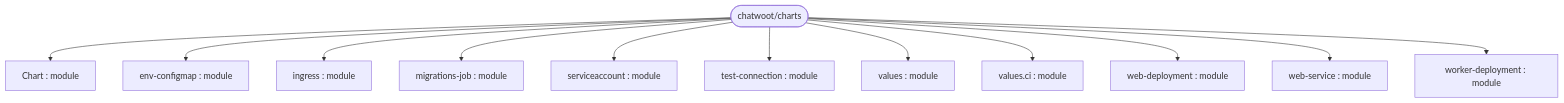
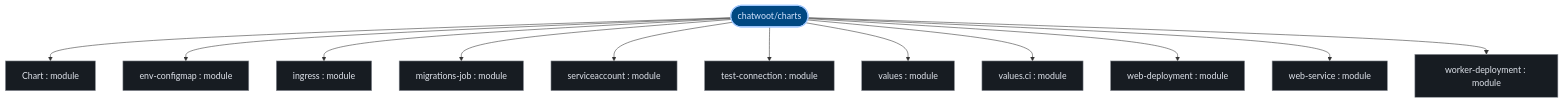
The first of 3 diagrams in exports/latest/reports/chatwoot-charts-report.md (kumarshaz/atruss-code-atlas), drawn with Mermaid before and after one commit. The commit also changed other lines of this file and 331 other files, not shown here.

Commit message:
docs,ui,fix: update SDLC docs, reorder CI/CD DAG first, stylize Mermaid, and fix Arc42 pipeline topology

````diff
--- a/exports/latest/reports/chatwoot-charts-report.md
+++ b/exports/latest/reports/chatwoot-charts-report.md
@@ -42,26 +42,33 @@
 ```mermaid
 graph TD;
-    Chart["Chart : module"]
-    values_ci["values.ci : module"]
-    values["values : module"]
-    env_configmap["env-configmap : module"]
-    ingress["ingress : module"]
-    migrations_job["migrations-job : module"]
-    serviceaccount["serviceaccount : module"]
-    web_deployment["web-deployment : module"]
-    web_service["web-service : module"]
-    worker_deployment["worker-deployment : module"]
-    test_connection["test-connection : module"]
-    repo_root(["chatwoot/charts"])
+  classDef atlasRoot fill:#004882,stroke:#a3c9ff,stroke-width:2px,color:#d3e4ff
+  classDef atlasCategory fill:#212428,stroke:#E87A48,stroke-width:1.5px,color:#dfe3eb
+  classDef atlasWorkflow fill:#1b2026,stroke:#a3c9ff,stroke-width:1.5px,color:#dfe3eb
+  classDef atlasJob fill:#171c22,stroke:#8d9199,stroke-width:1px,color:#dfe3eb
+  classDef atlasTarget fill:#005227,stroke:#8bd99b,stroke-width:1.5px,color:#a7f6b6
+  classDef atlasAlert fill:#93000a,stroke:#ffb4ab,stroke-width:1.5px,color:#ffdad6
+  classDef atlasMore fill:#252a31,stroke:#8d9199,stroke-dasharray:4 4,color:#c3c6cf
+    Chart["Chart : module"]:::atlasJob
+    values_ci["values.ci : module"]:::atlasJob
+    values["values : module"]:::atlasJob
+    env_configmap["env-configmap : module"]:::atlasJob
+    ingress["ingress : module"]:::atlasJob
+    migrations_job["migrations-job : module"]:::atlasJob
+    serviceaccount["serviceaccount : module"]:::atlasJob
+    web_deployment["web-deployment : module"]:::atlasJob
+    web_service["web-service : module"]:::atlasJob
+    worker_deployment["worker-deployment : module"]:::atlasJob
+    test_connection["test-connection : module"]:::atlasJob
+    repo_root(["chatwoot/charts"]):::atlasRoot
     repo_root --> Chart
     repo_root --> env_configmap
     repo_root --> ingress
     repo_root --> migrations_job
     repo_root --> serviceaccount
     repo_root --> test_connection
     repo_root --> values
     repo_root --> values_ci
     repo_root --> web_deployment
     repo_root --> web_service
     repo_root --> worker_deployment
 ```
````
